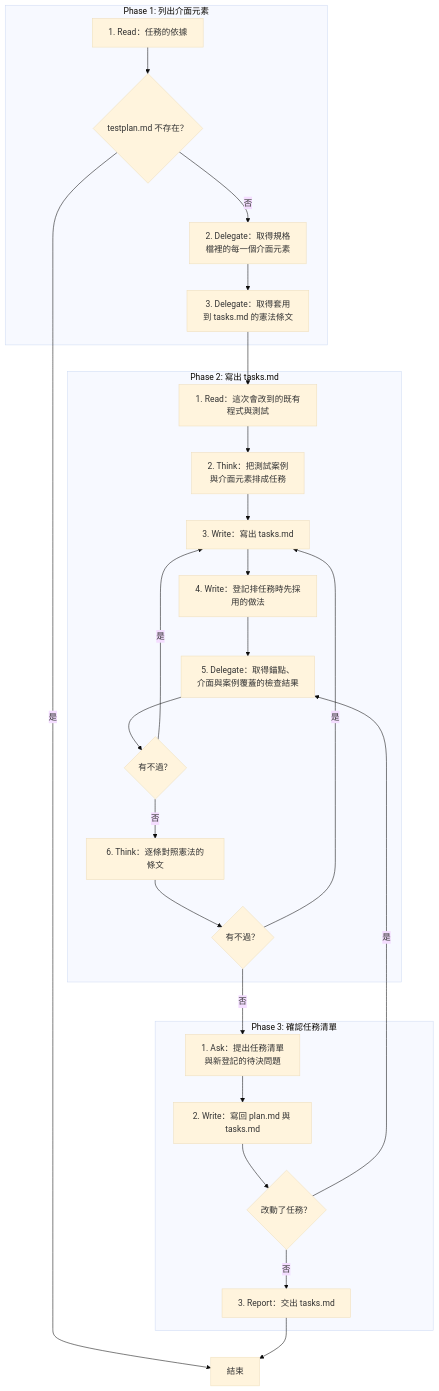
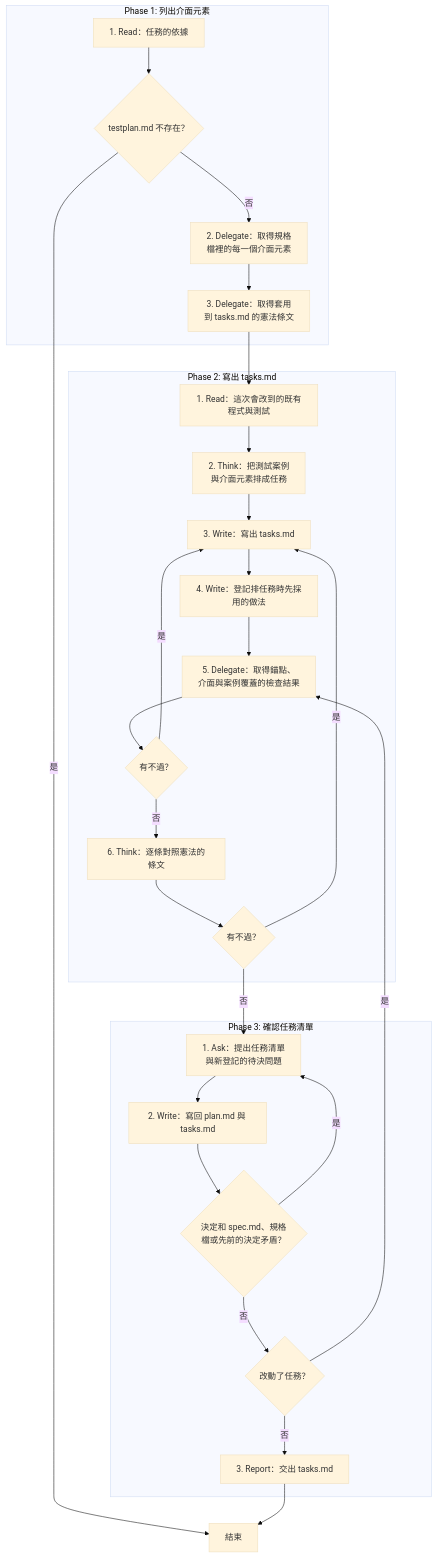
Before and after one commit to AI-x-BDD/BDGG-Dev-Skills: the diagram in .claude/skills/tasks/SKILL.md, drawn with Mermaid (base theme). The commit also changed other lines of this file and 9 other files, not shown here.

````diff
--- a/.claude/skills/tasks/SKILL.md
+++ b/.claude/skills/tasks/SKILL.md
@@ -29,46 +29,49 @@
 ```mermaid
 flowchart TD
     subgraph P1["Phase 1: 列出介面元素"]
         P1S1["1. Read：任務的依據"]
         G_P1S1_1{"testplan.md 不存在？"}
         P1S2["2. Delegate：取得規格<br/>檔裡的每一個介面元素"]
         P1S3["3. Delegate：取得套用<br/>到 tasks.md 的憲法條文"]
     end
     subgraph P2["Phase 2: 寫出 tasks.md"]
         P2S1["1. Read：這次會改到的既有程式與測試"]
         P2S2["2. Think：把測試案例<br/>與介面元素排成任務"]
         P2S3["3. Write：寫出 tasks.md"]
         P2S4["4. Write：登記排任務時先採用的做法"]
         P2S5["5. Delegate：取得錨點、<br/>介面與案例覆蓋的檢查結果"]
         G_P2S5_1{"有不過？"}
         P2S6["6. Think：逐條對照憲法的條文"]
         G_P2S6_1{"有不過？"}
     end
     subgraph P3["Phase 3: 確認任務清單"]
         P3S1["1. Ask：提出任務清單<br/>與新登記的待決問題"]
         P3S2["2. Write：寫回 plan.md 與 tasks.md"]
-        G_P3S2_1{"改動了任務？"}
+        G_P3S2_1{"決定和 spec.md、規格<br/>檔或先前的決定矛盾？"}
+        G_P3S2_2{"改動了任務？"}
         P3S3["3. Report：交出 tasks.md"]
     end
     End["結束"]
     P1S1 --> G_P1S1_1
     G_P1S1_1 -->|是| End
     G_P1S1_1 -->|否| P1S2
     P1S2 --> P1S3
     P1S3 --> P2S1
     P2S1 --> P2S2
     P2S2 --> P2S3
     P2S3 --> P2S4
     P2S4 --> P2S5
     P2S5 --> G_P2S5_1
     G_P2S5_1 -->|是| P2S3
     G_P2S5_1 -->|否| P2S6
     P2S6 --> G_P2S6_1
     G_P2S6_1 -->|是| P2S3
     G_P2S6_1 -->|否| P3S1
     P3S1 --> P3S2
     P3S2 --> G_P3S2_1
-    G_P3S2_1 -->|是| P2S5
-    G_P3S2_1 -->|否| P3S3
+    G_P3S2_1 -->|是| P3S1
+    G_P3S2_1 -->|否| G_P3S2_2
+    G_P3S2_2 -->|是| P2S5
+    G_P3S2_2 -->|否| P3S3
     P3S3 --> End
 ```
````
